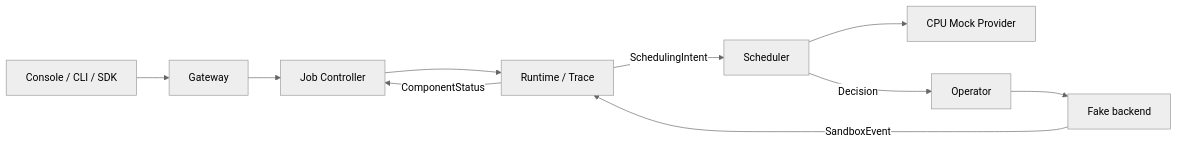
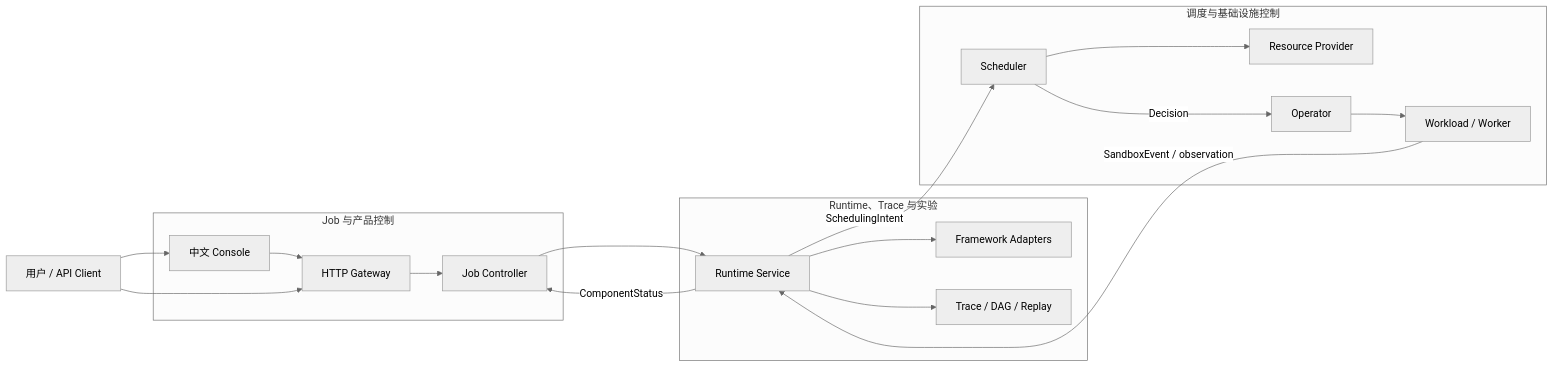
Before and after one commit to Blizzard-cyber/TGS-RL: the first of 2 diagrams in README.md, drawn with Mermaid (neutral theme). The commit also changed other lines of this file and 16 other files, not shown here.

````diff
--- a/README.md
+++ b/README.md
@@ -85,13 +136,35 @@
 ```mermaid
 flowchart LR
-  USER[Console / CLI / SDK]
-  USER --> G[Gateway]
-  G --> J[Job Controller]
-  J --> R[Runtime / Trace]
-  R -->|SchedulingIntent| S[Scheduler]
-  S --> P[CPU Mock Provider]
-  S -->|Decision| O[Operator]
-  O --> F[Fake backend]
-  F -->|SandboxEvent| R
-  R -->|ComponentStatus| J
+  U[用户 / API Client]
+
+  subgraph C[Job 与产品控制]
+    UI[中文 Console]
+    GW[HTTP Gateway]
+    JC[Job Controller]
+  end
+
+  subgraph R[Runtime、Trace 与实验]
+    RT[Runtime Service]
+    AD[Framework Adapters]
+    TR[Trace / DAG / Replay]
+  end
+
+  subgraph S[调度与基础设施控制]
+    SC[Scheduler]
+    RP[Resource Provider]
+    OP[Operator]
+    WK[Workload / Worker]
+  end
+
+  U --> UI --> GW
+  U --> GW
+  GW --> JC --> RT
+  RT --> AD
+  RT --> TR
+  RT -->|SchedulingIntent| SC
+  SC --> RP
+  SC -->|Decision| OP
+  OP --> WK
+  WK -->|SandboxEvent / observation| RT
+  RT -->|ComponentStatus| JC
 ```
````
